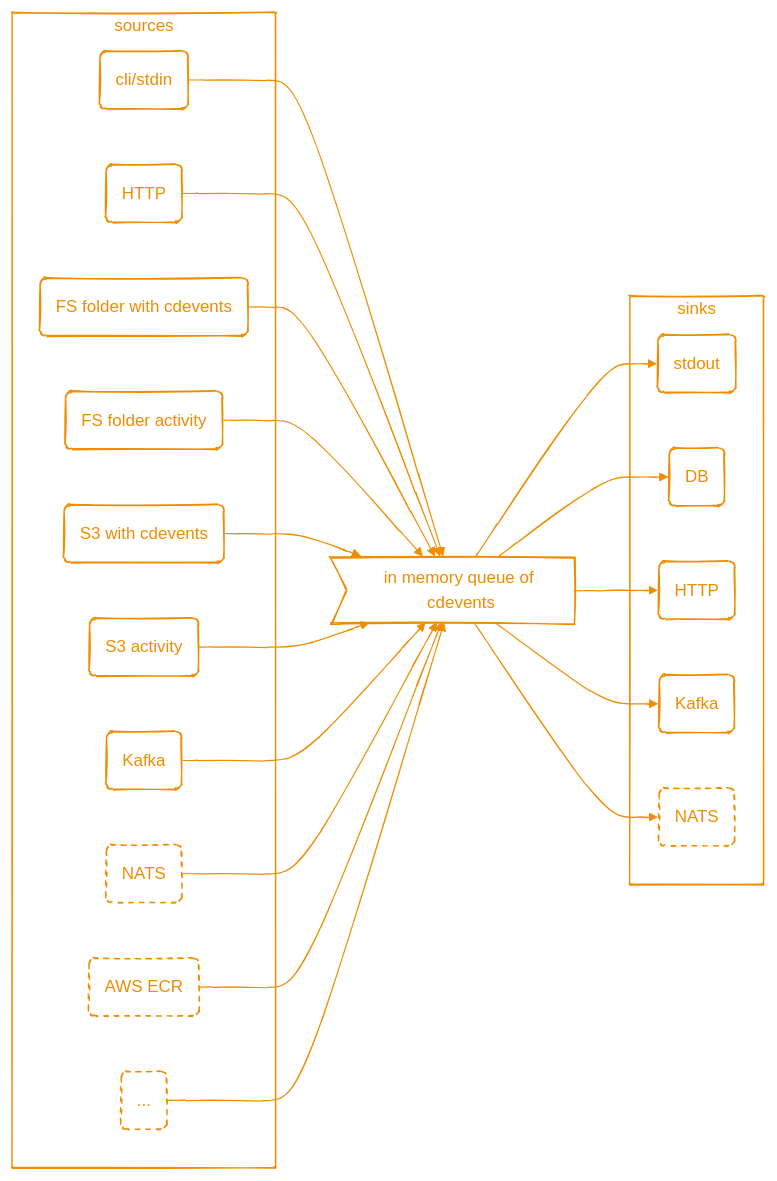
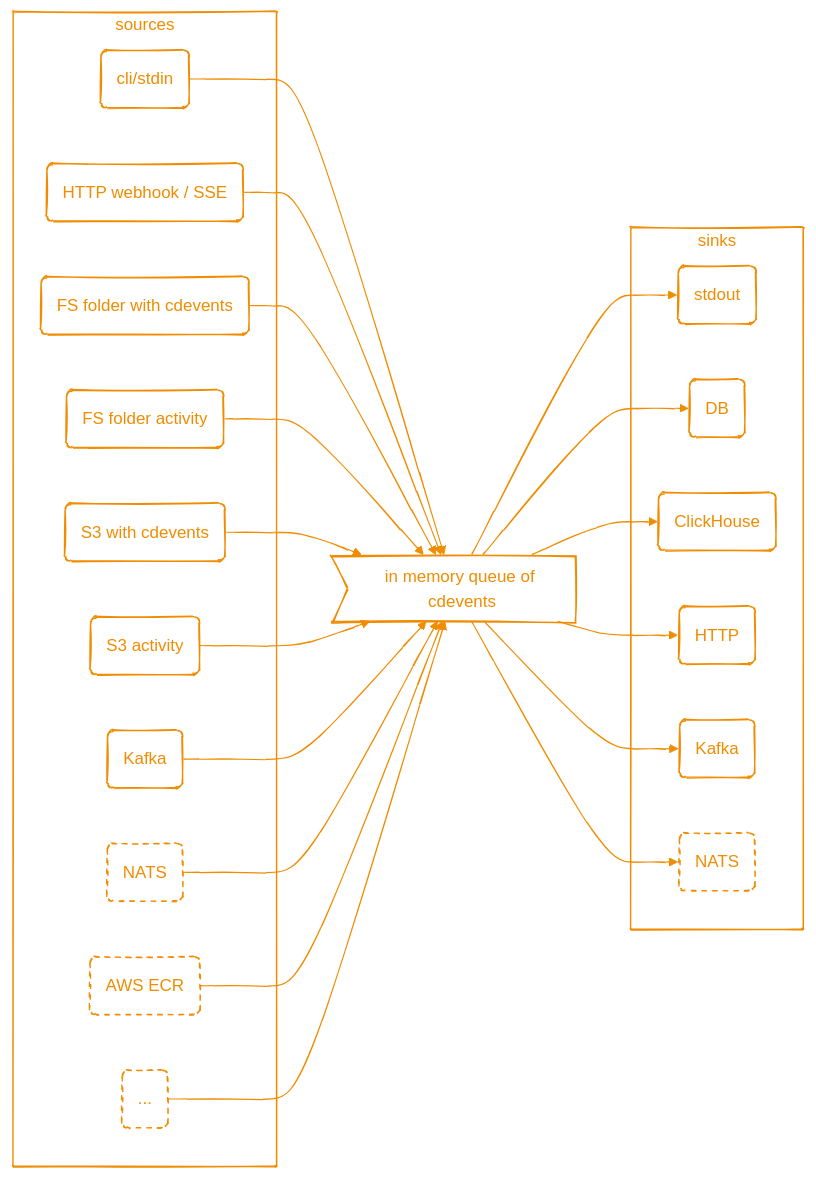
The diagram in README.md (cdviz-dev/cdviz-collector), drawn with Mermaid before and after one commit. The commit also changed other lines of this file and 6 other files, not shown here.

Commit message:
feat(sink): add a sink for ClickHouse

````diff
--- a/README.md
+++ b/README.md
@@ -49,62 +49,64 @@
 ```mermaid
 ---
 config:
   theme: 'base'
   look: 'handDrawn'
   themeVariables:
     darkMode: true
     mainBkg: '#00000000'
     background: '#00000000'
     primaryColor: '#00000000'
     primaryTextColor: '#f08c00'
     secondaryTextColor: '#f08c00'
     tertiaryTextColor: '#f08c00'
     primaryBorderColor: '#f08c00'
     secondaryBorderColor: '#f08c00'
     tertiaryBorderColor: '#f08c00'
     noteTextColor: '#f08c00'
     noteBorderColor: '#f08c00'
     lineColor: '#f08c00'
     lineWidth: 2
 ---
 flowchart LR
   classDef future stroke-dasharray: 5 5
 
   q>in memory queue of cdevents]
 
   subgraph sources
     src_cli(cli/stdin)
-    src_http(HTTP)
+    src_http(HTTP webhook / SSE)
     src_fs_content(FS folder with cdevents)
     src_fs_activity(FS folder activity)
     src_s3_content(S3 with cdevents)
     src_s3_activity(S3 activity)
     src_kafka(Kafka)
     src_nats(NATS):::future
     src_ecr(AWS ECR):::future
     src_misc(...):::future
   end
   src_cli --> q
   src_http --> q
   src_fs_content --> q
   src_fs_activity --> q
   src_s3_content --> q
   src_s3_activity --> q
   src_kafka --> q
   src_nats --> q
   src_ecr --> q
   src_misc --> q
 
   subgraph sinks
     sink_stdout(stdout)
     sink_db(DB)
+    sink_clickhouse(ClickHouse)
     sink_http(HTTP)
     sink_kafka(Kafka)
     sink_nats(NATS):::future
   end
   q --> sink_stdout
   q --> sink_http
   q --> sink_db
+  q --> sink_clickhouse
   q --> sink_kafka
   q --> sink_nats
 ```
````
